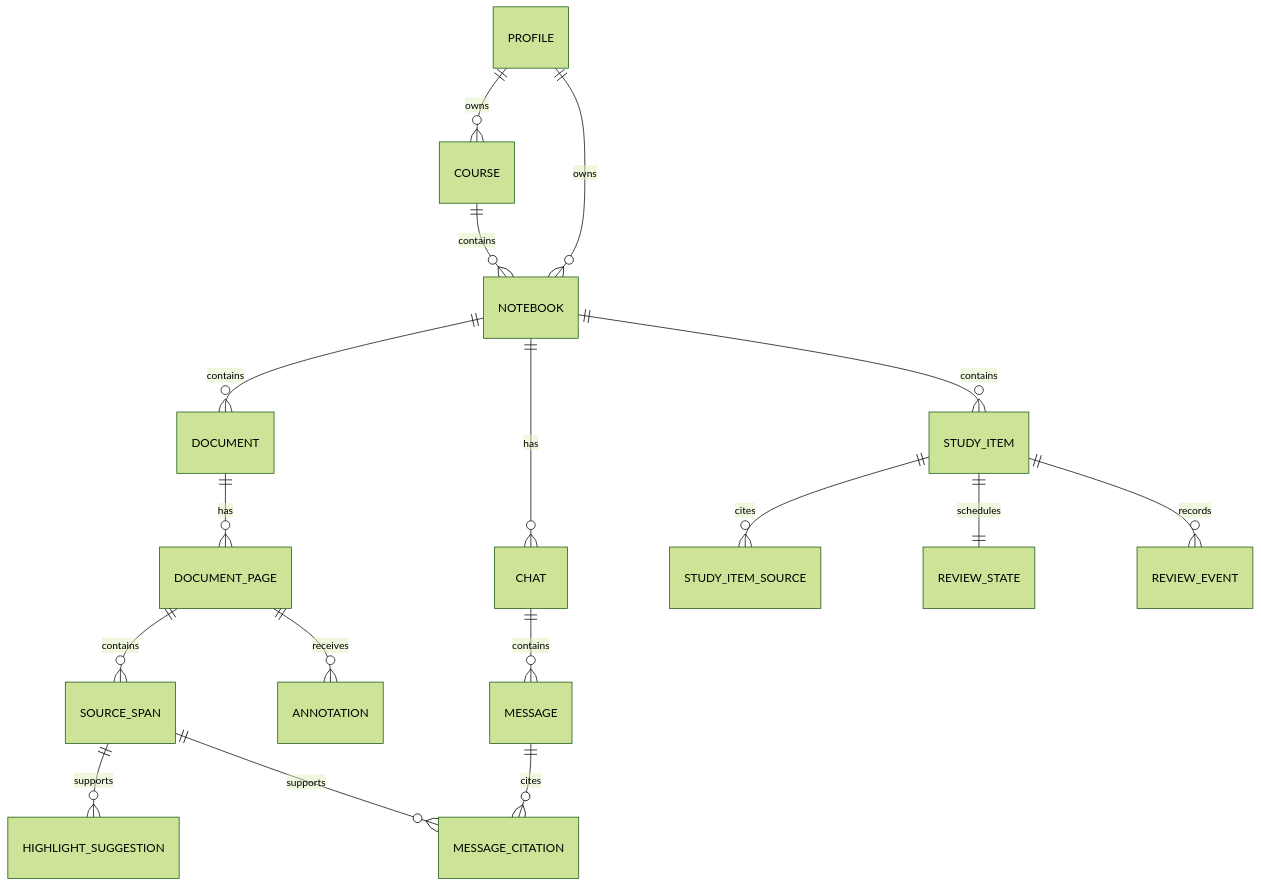
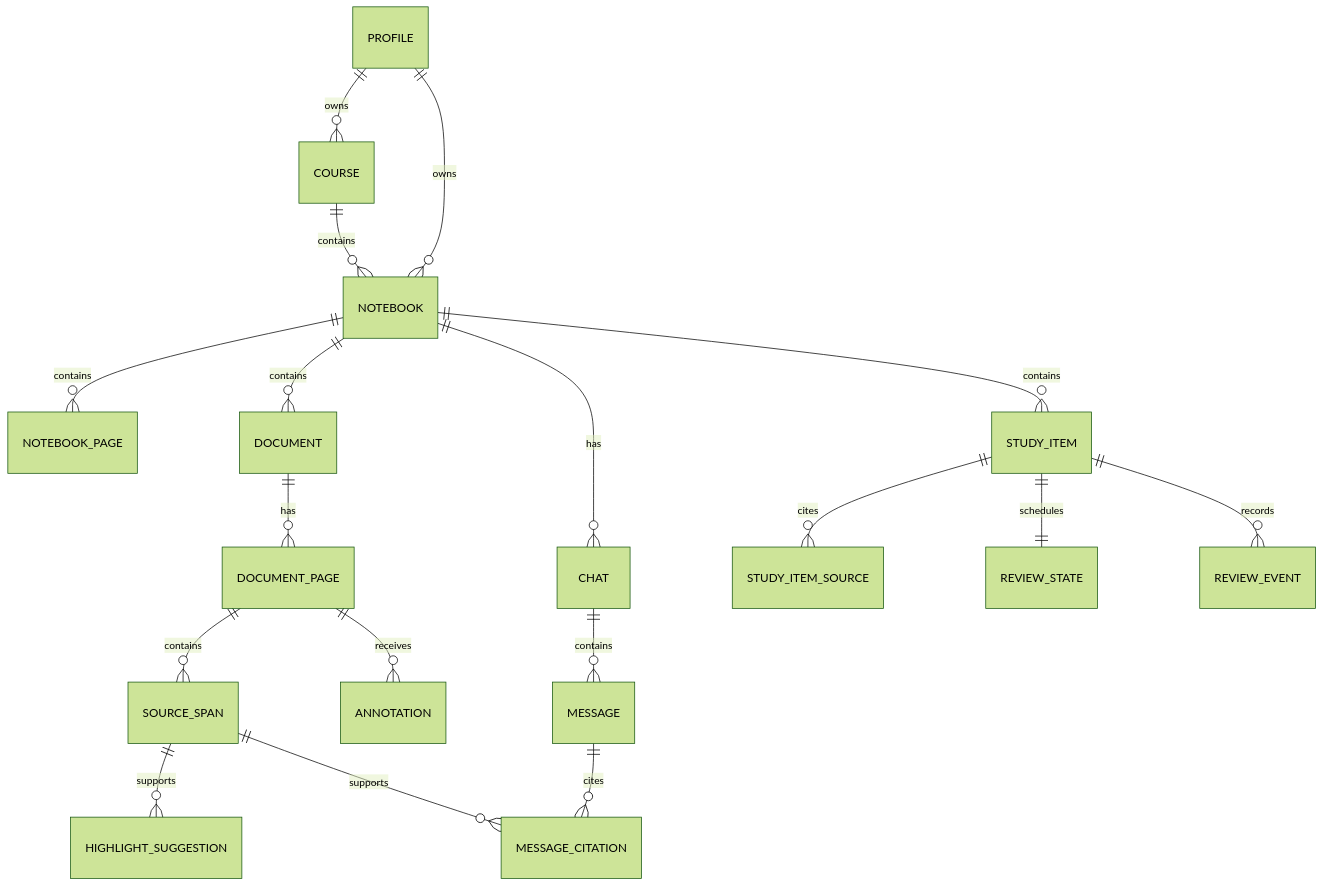
Before and after one commit to guzandrenoel/Coilora: the diagram in docs/coilora/05_DATABASE_AND_STORAGE.md, drawn with Mermaid (forest theme). The commit also changed other lines of this file and 7 other files, not shown here.

````diff
--- a/docs/coilora/05_DATABASE_AND_STORAGE.md
+++ b/docs/coilora/05_DATABASE_AND_STORAGE.md
@@ -60,19 +75,20 @@
 ```mermaid
 erDiagram
     PROFILE ||--o{ COURSE : owns
     PROFILE ||--o{ NOTEBOOK : owns
     COURSE ||--o{ NOTEBOOK : contains
+    NOTEBOOK ||--o{ NOTEBOOK_PAGE : contains
     NOTEBOOK ||--o{ DOCUMENT : contains
     DOCUMENT ||--o{ DOCUMENT_PAGE : has
     DOCUMENT_PAGE ||--o{ SOURCE_SPAN : contains
     DOCUMENT_PAGE ||--o{ ANNOTATION : receives
     SOURCE_SPAN ||--o{ HIGHLIGHT_SUGGESTION : supports
     NOTEBOOK ||--o{ CHAT : has
     CHAT ||--o{ MESSAGE : contains
     MESSAGE ||--o{ MESSAGE_CITATION : cites
     SOURCE_SPAN ||--o{ MESSAGE_CITATION : supports
     NOTEBOOK ||--o{ STUDY_ITEM : contains
     STUDY_ITEM ||--o{ STUDY_ITEM_SOURCE : cites
     STUDY_ITEM ||--|| REVIEW_STATE : schedules
     STUDY_ITEM ||--o{ REVIEW_EVENT : records
 ```
````
